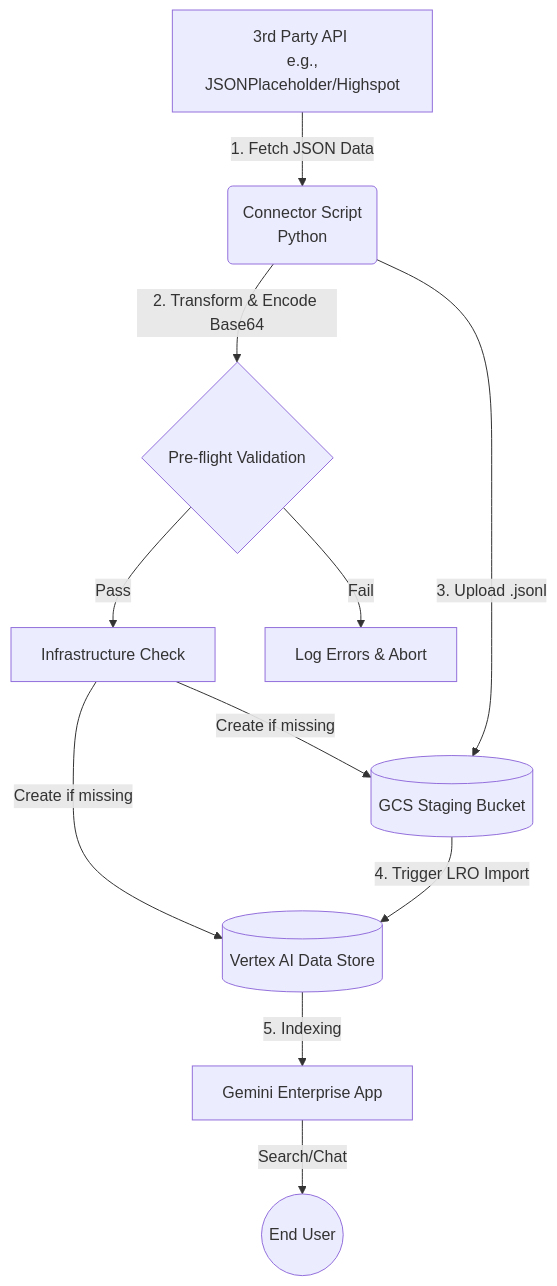
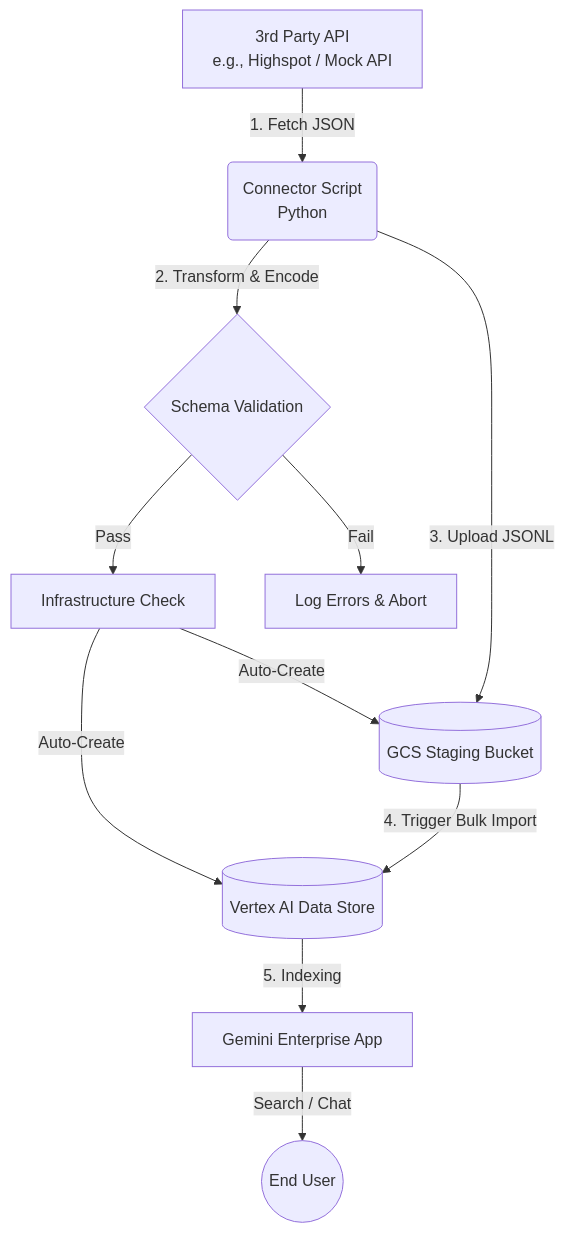
One commit to jayesh-onix/gemini-enterprise-custom-connector changed the diagram in README.md. Above: the diagram before and after it, drawn with Mermaid. The commit also changed other lines of this file and 3 other files, not shown here.

````diff
--- a/README.md
+++ b/README.md
@@ -43,14 +25,13 @@
 ```mermaid
 graph TD
-    A[3rd Party API <br> e.g., JSONPlaceholder/Highspot] -->|1. Fetch JSON Data| B(Connector Script <br> Python)
-    B -->|2. Transform & Encode Base64| C{Pre-flight Validation}
+    A[3rd Party API <br> e.g., Highspot / Mock API] -->|1. Fetch JSON| B(Connector Script <br> Python)
+    B -->|2. Transform & Encode| C{Schema Validation}
     C -->|Pass| D[Infrastructure Check]
-    D -->|Create if missing| E[(GCS Staging Bucket)]
-    D -->|Create if missing| F[(Vertex AI Data Store)]
+    D -->|Auto-Create| E[(GCS Staging Bucket)]
+    D -->|Auto-Create| F[(Vertex AI Data Store)]
     C -->|Fail| Z[Log Errors & Abort]
-    B -->|3. Upload .jsonl| E
-    E -->|4. Trigger LRO Import| F
+    B -->|3. Upload JSONL| E
+    E -->|4. Trigger Bulk Import| F
     F -->|5. Indexing| G[Gemini Enterprise App]
-    G -->|Search/Chat| H((End User))
-    
+    G -->|Search / Chat| H((End User))
 ```
````
